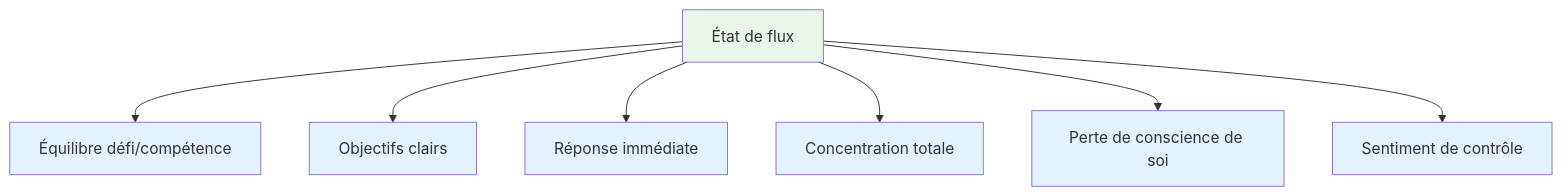
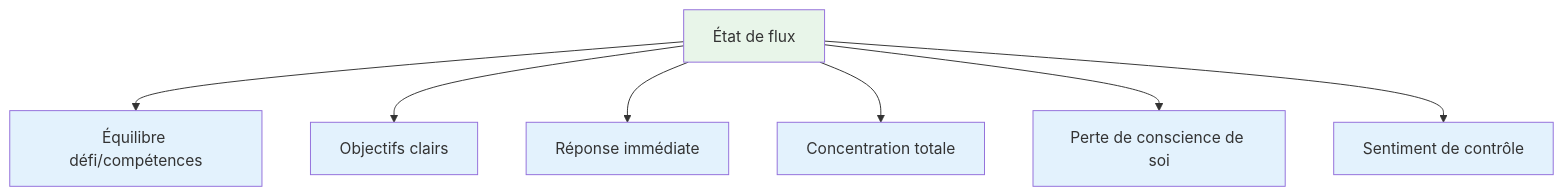
One commit to patwii/petanque-academy changed the first of 4 diagrams in docs/fr/education/the-zone/entering-the-zone.md. Above: the diagram before and after it, drawn with Mermaid. The commit also changed other lines of this file and 532 other files, not shown here.

````diff
--- a/docs/fr/education/the-zone/entering-the-zone.md
+++ b/docs/fr/education/the-zone/entering-the-zone.md
@@ -15,17 +15,17 @@
 ```mermaid
 graph TD
-    A[État de flux] --> B[Équilibre défi/compétence]
+    A[État de flux] --> B[Équilibre défi/compétences]
     A --> C[Objectifs clairs]
     A --> D[Réponse immédiate]
     A --> E[Concentration totale]
     A --> F[Perte de conscience de soi]
     A --> G[Sentiment de contrôle]
 
     style A fill:#e8f5e9
     style B fill:#e3f2fd
     style C fill:#e3f2fd
     style D fill:#e3f2fd
     style E fill:#e3f2fd
     style F fill:#e3f2fd
     style G fill:#e3f2fd
 ```
````
